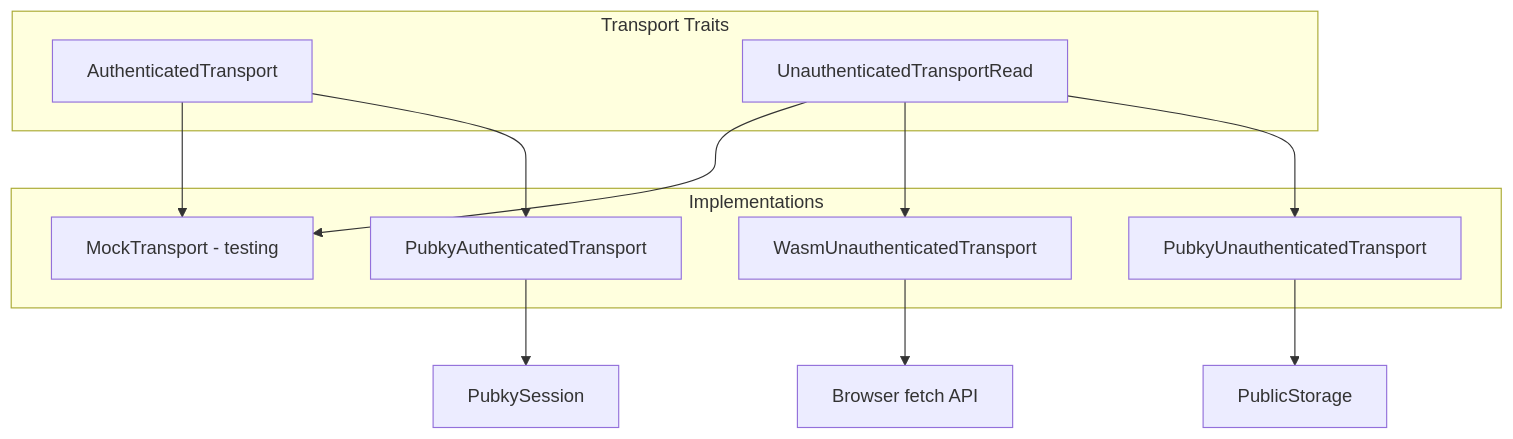
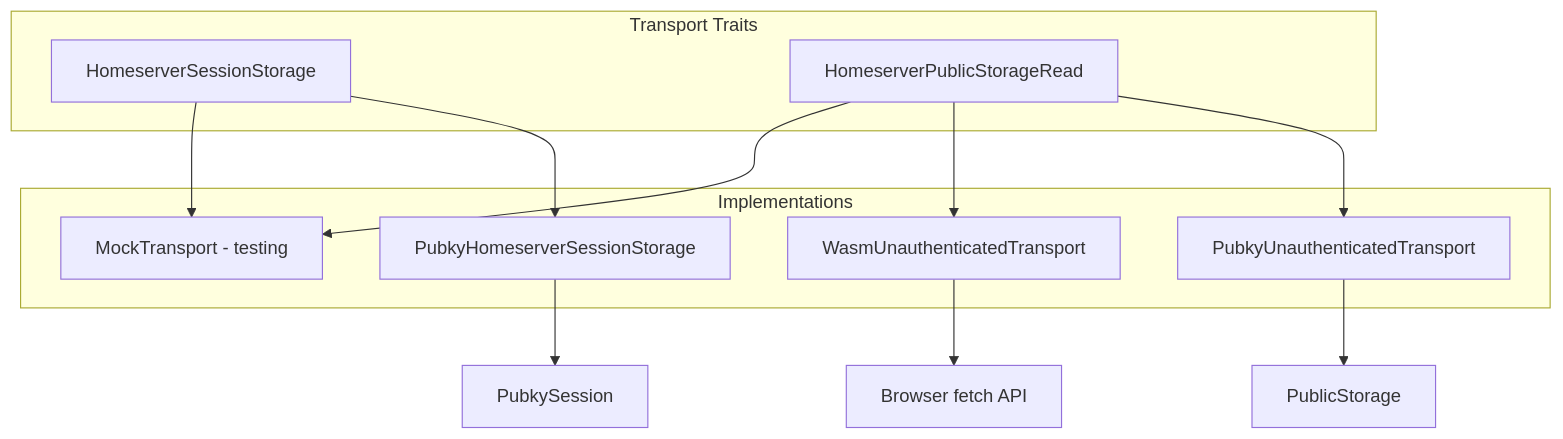
The seventh of 7 diagrams in docs/ARCHITECTURE.md (BitcoinErrorLog/paykit-rs), drawn with Mermaid before and after one commit. The commit also changed other lines of this file and 25 other files, not shown here.

````diff
--- a/docs/ARCHITECTURE.md
+++ b/docs/ARCHITECTURE.md
@@ -251,24 +251,24 @@
 ```mermaid
 flowchart TB
     subgraph traits [Transport Traits]
-        AUTH[AuthenticatedTransport]
-        UNAUTH[UnauthenticatedTransportRead]
+        AUTH[HomeserverSessionStorage]
+        UNAUTH[HomeserverPublicStorageRead]
     end
 
     subgraph impls [Implementations]
-        PUBKY_AUTH[PubkyAuthenticatedTransport]
+        PUBKY_AUTH[PubkyHomeserverSessionStorage]
         PUBKY_UNAUTH[PubkyUnauthenticatedTransport]
         WASM_UNAUTH[WasmUnauthenticatedTransport]
         MOCK[MockTransport - testing]
     end
 
     AUTH --> PUBKY_AUTH
     UNAUTH --> PUBKY_UNAUTH
     UNAUTH --> WASM_UNAUTH
     AUTH --> MOCK
     UNAUTH --> MOCK
 
     PUBKY_AUTH --> SESSION[PubkySession]
     PUBKY_UNAUTH --> STORAGE[PublicStorage]
     WASM_UNAUTH --> FETCH[Browser fetch API]
 ```
````
